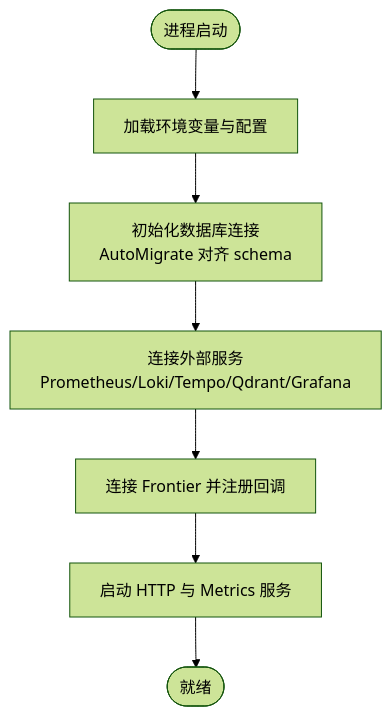
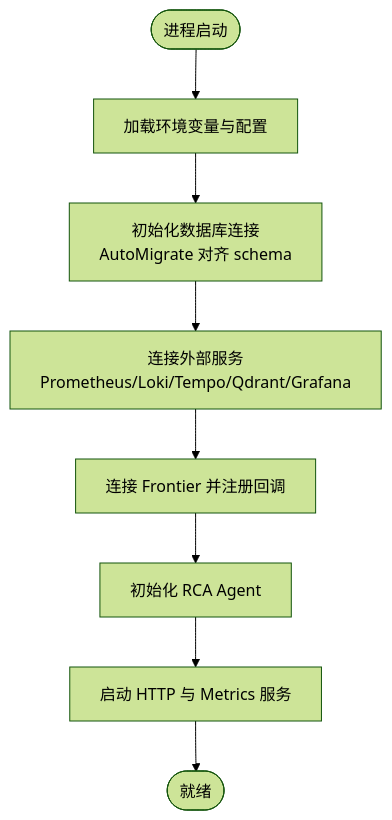
One commit to xied1133-oss/ongrid changed the third of 4 diagrams in .qoder/repowiki/zh/content/快速开始.md. Above: the diagram before and after it, drawn with Mermaid (forest theme). The commit also changed other lines of this file and 30 other files, not shown here.

````diff
--- a/.qoder/repowiki/zh/content/快速开始.md
+++ b/.qoder/repowiki/zh/content/快速开始.md
@@ -129,9 +153,10 @@
 ```mermaid
 flowchart TD
 Start(["进程启动"]) --> LoadCfg["加载环境变量与配置"]
 LoadCfg --> InitDB["初始化数据库连接<br/>AutoMigrate 对齐 schema"]
 InitDB --> ConnectExt["连接外部服务<br/>Prometheus/Loki/Tempo/Qdrant/Grafana"]
 ConnectExt --> RegisterFrontier["连接 Frontier 并注册回调"]
-RegisterFrontier --> ServeHTTP["启动 HTTP 与 Metrics 服务"]
+RegisterFrontier --> InitRCA["初始化 RCA Agent"]
+InitRCA --> ServeHTTP["启动 HTTP 与 Metrics 服务"]
 ServeHTTP --> Ready(["就绪"])
 ```
````
